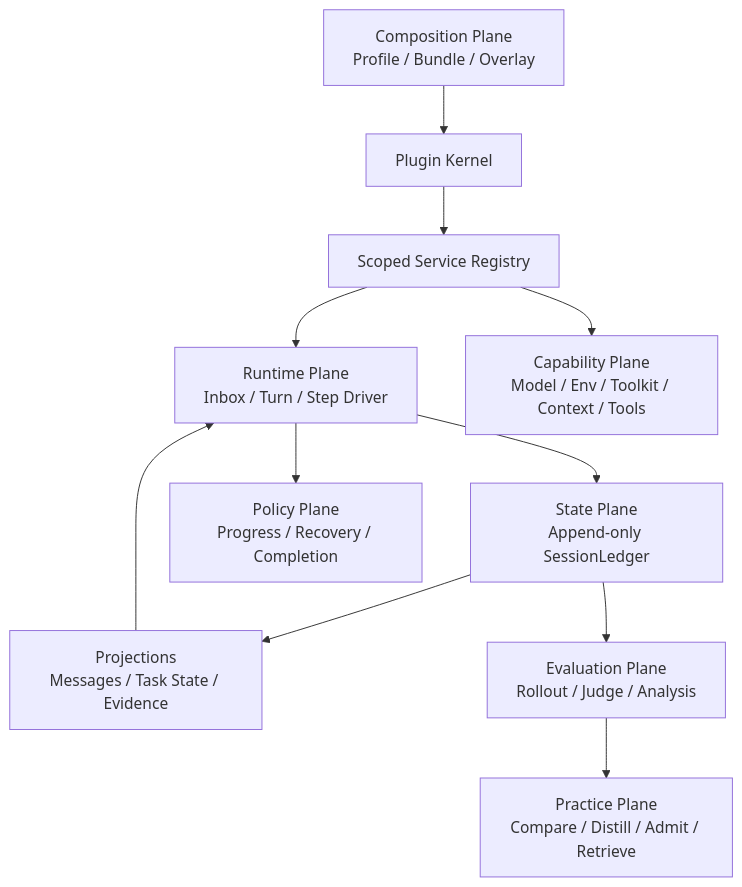
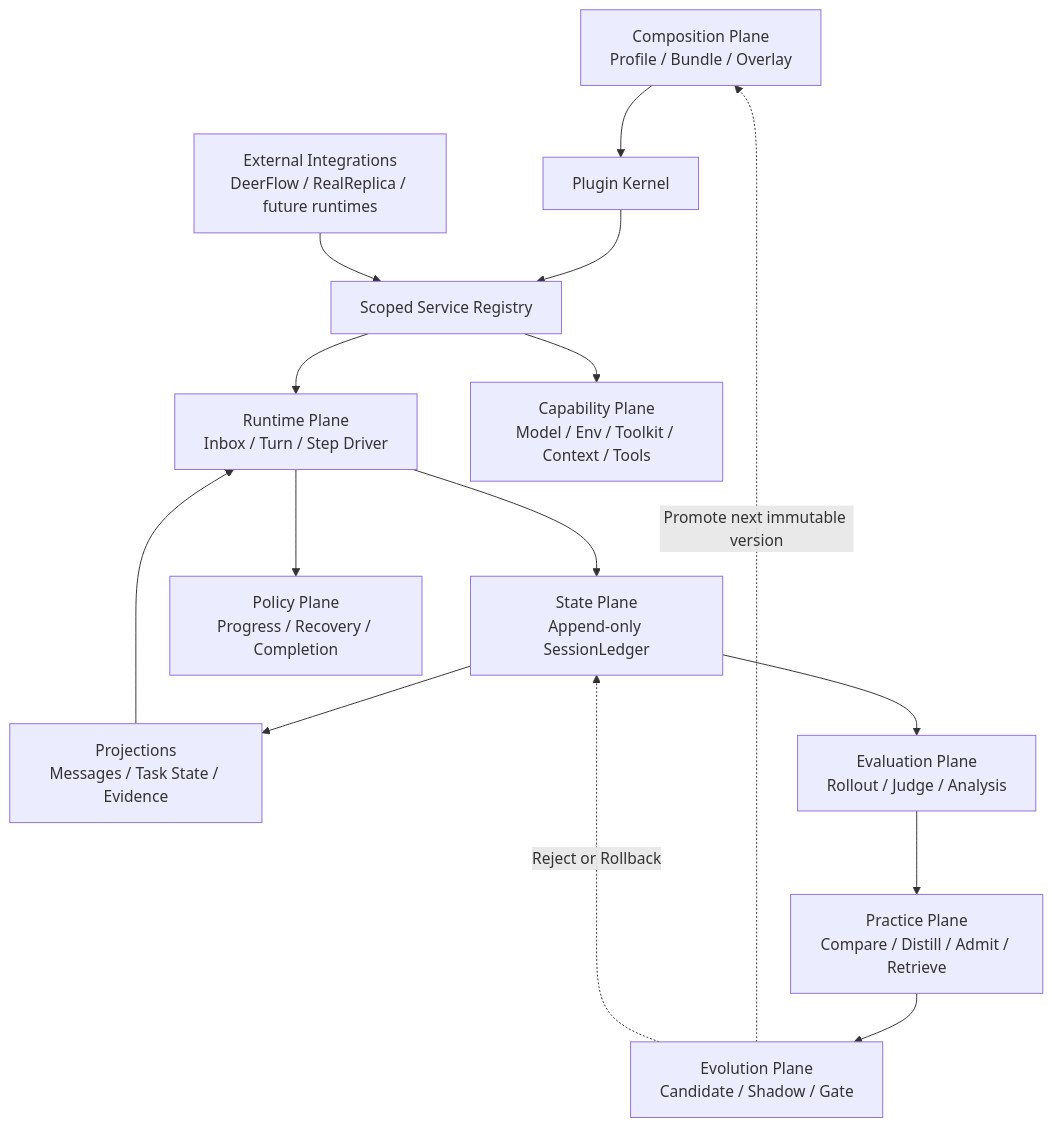
The diagram in docs/architecture.md (leeeeeee073188/adaptive-agent-harness), drawn with Mermaid before and after one commit. The commit also changed other lines of this file and 20 other files, not shown here.

First line of the commit message:
Make Harness evolution architectural rather than benchmark-driven

````diff
--- a/docs/architecture.md
+++ b/docs/architecture.md
@@ -19,13 +23,17 @@
 ```mermaid
 flowchart TD
   C[Composition Plane\nProfile / Bundle / Overlay] --> K[Plugin Kernel]
   K --> S[Scoped Service Registry]
   S --> R[Runtime Plane\nInbox / Turn / Step Driver]
   S --> CAP[Capability Plane\nModel / Env / Toolkit / Context / Tools]
   R --> L[State Plane\nAppend-only SessionLedger]
   L --> P[Projections\nMessages / Task State / Evidence]
   P --> R
   R --> POL[Policy Plane\nProgress / Recovery / Completion]
   L --> E[Evaluation Plane\nRollout / Judge / Analysis]
   E --> PR[Practice Plane\nCompare / Distill / Admit / Retrieve]
+  PR --> EV[Evolution Plane\nCandidate / Shadow / Gate]
+  EV -.Promote next immutable version.-> C
+  EV -.Reject or Rollback.-> L
+  X[External Integrations\nDeerFlow / RealReplica / future runtimes] --> S
 ```
````
